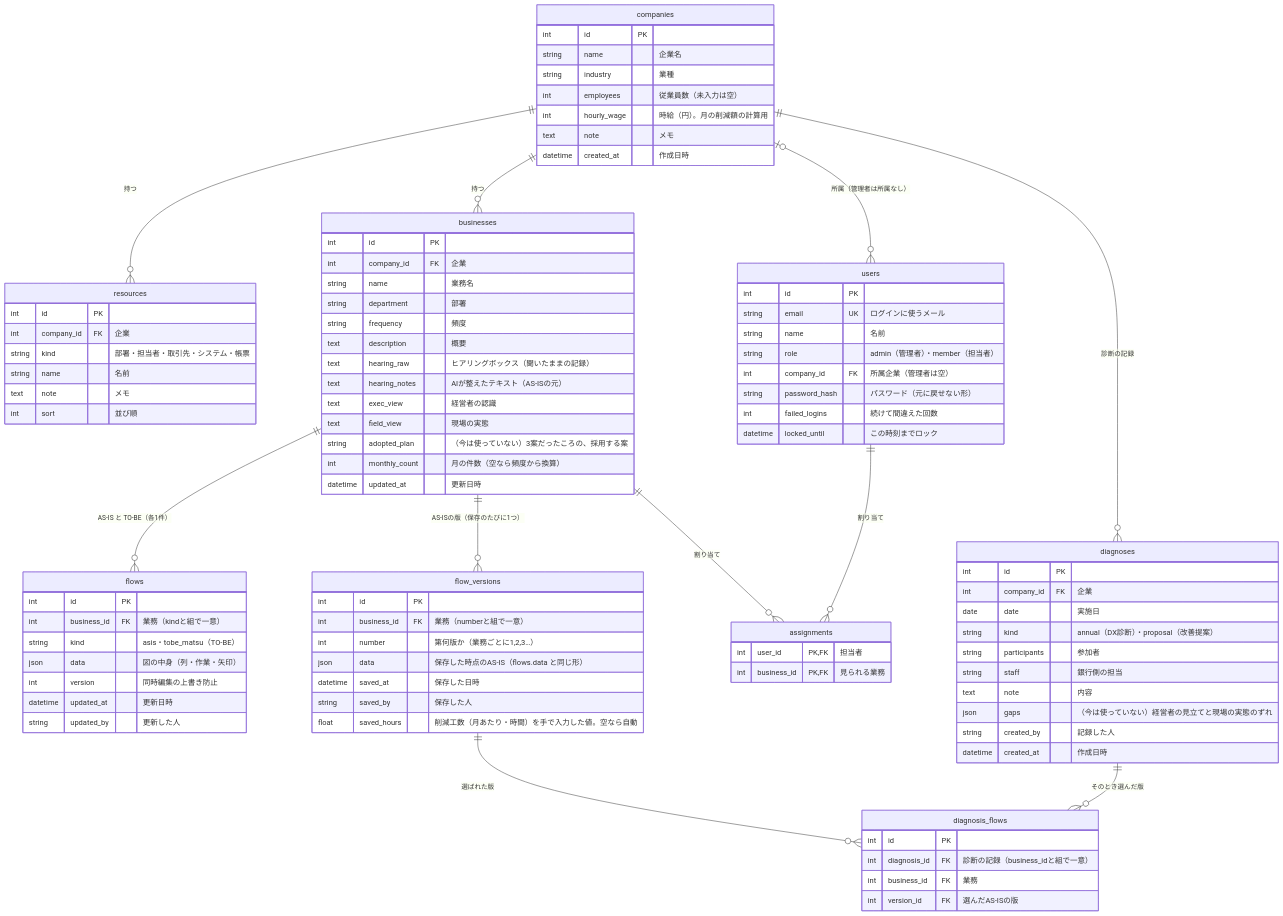
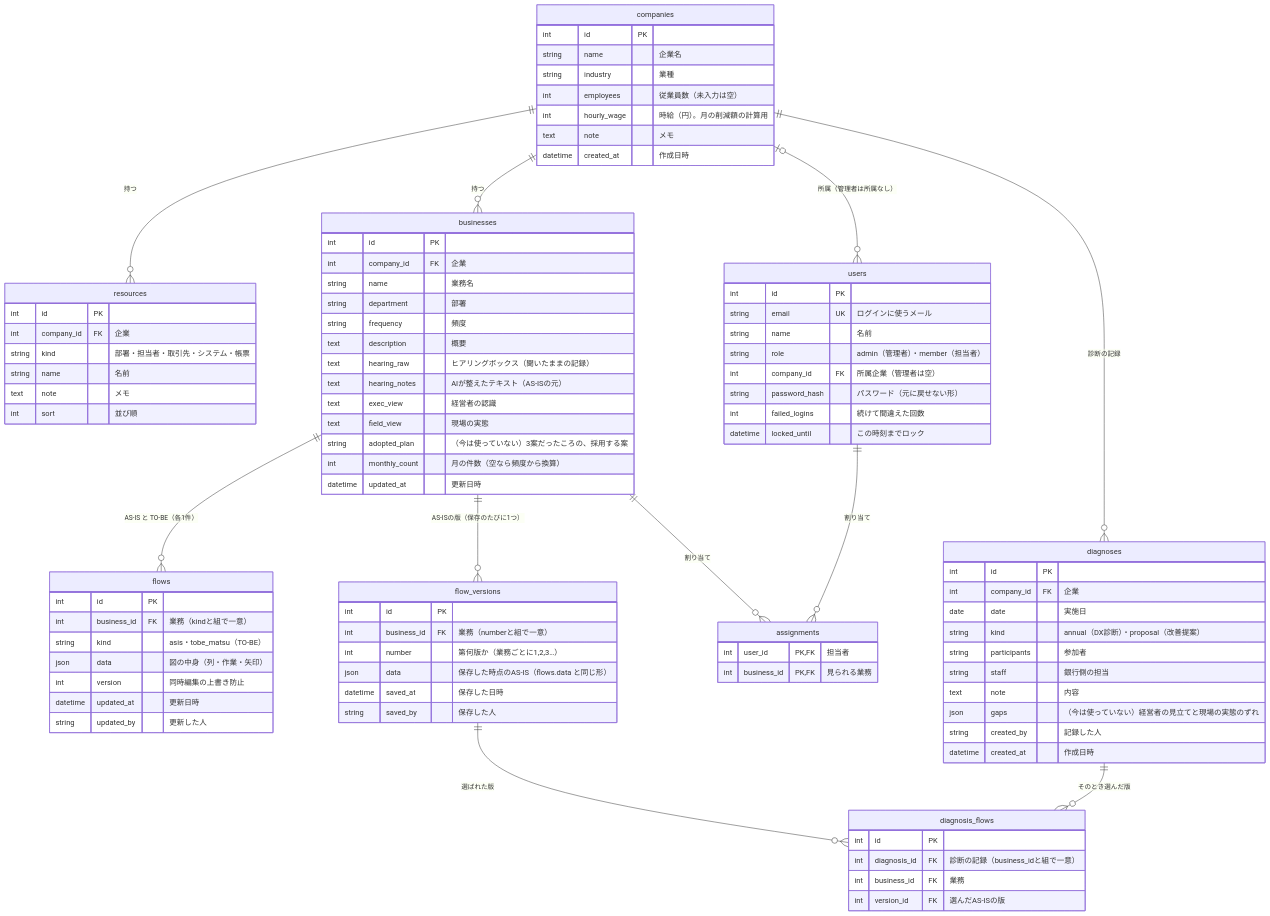
One commit to massuikeda/zero-4-app changed the diagram in docs/ER.md. Above: the diagram before and after it, drawn with Mermaid. The commit also changed other lines of this file and 19 other files, not shown here.

```diff
--- a/docs/ER.md
+++ b/docs/ER.md
@@ -43,7 +43,6 @@
         json data "保存した時点のAS-IS（flows.data と同じ形）"
         datetime saved_at "保存した日時"
         string saved_by "保存した人"
-        float saved_hours "削減工数（月あたり・時間）を手で入力した値。空なら自動"
     }
     diagnosis_flows {
         int id PK
```
